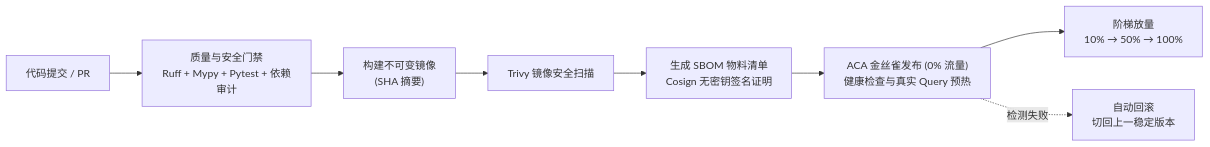
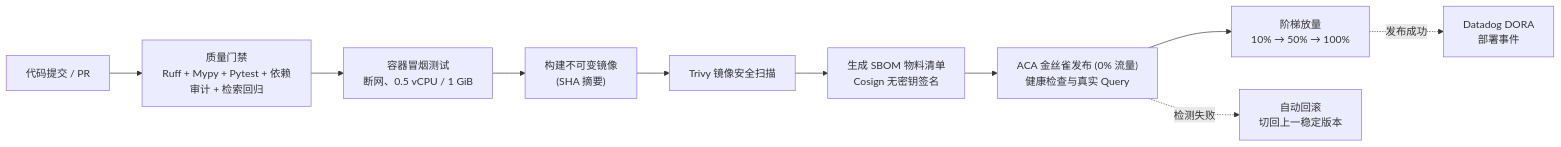
Before and after one commit to workHMZ/aca-ghcr-cicd-lab: the sixth of 9 diagrams in README.md, drawn with Mermaid. The commit also changed other lines of this file and 40 other files, not shown here.

````diff
--- a/README.md
+++ b/README.md
@@ -273,10 +413,12 @@
 ```mermaid
 flowchart LR
-    PR["代码提交 / PR"] --> Lint["质量与安全门禁<br/>Ruff + Mypy + Pytest + 依赖审计"]
-    Lint --> Build["构建不可变镜像<br/>(SHA 摘要)"]
+    PR["代码提交 / PR"] --> Lint["质量门禁<br/>Ruff + Mypy + Pytest + 依赖审计 + 检索回归"]
+    Lint --> Smoke["容器冒烟测试<br/>断网、0.5 vCPU / 1 GiB"]
+    Smoke --> Build["构建不可变镜像<br/>(SHA 摘要)"]
     Build --> Scan["Trivy 镜像安全扫描"]
-    Scan --> SBOM["生成 SBOM 物料清单<br/>Cosign 无密钥签名证明"]
-    SBOM --> Canary["ACA 金丝雀发布 (0% 流量)<br/>健康检查与真实 Query 预热"]
+    Scan --> SBOM["生成 SBOM 物料清单<br/>Cosign 无密钥签名"]
+    SBOM --> Canary["ACA 金丝雀发布 (0% 流量)<br/>健康检查与真实 Query"]
     Canary --> Promote["阶梯放量<br/>10% → 50% → 100%"]
     Canary -. "检测失败" .-> Rollback["自动回滚<br/>切回上一稳定版本"]
+    Promote -. "发布成功" .-> DORA["Datadog DORA<br/>部署事件"]
 ```
````
